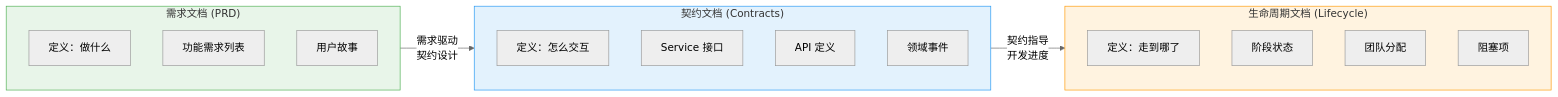
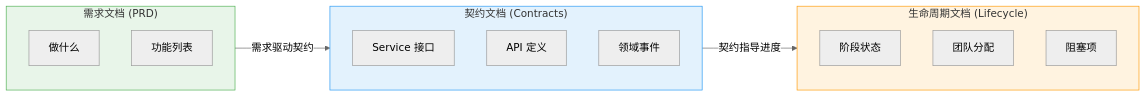
The eighth of 13 diagrams in docs/design-philosophy.md (strommmm/storms-claude-configuration), drawn with Mermaid (neutral theme) before and after one commit. The commit also changed other lines of this file, not shown here.

````diff
--- a/docs/design-philosophy.md
+++ b/docs/design-philosophy.md
@@ -311,29 +267,26 @@
 ```mermaid
 graph LR
     subgraph prd ["需求文档 (PRD)"]
-        prd_what["定义：做什么"]
-        prd_fr["功能需求列表"]
-        prd_us["用户故事"]
+        prd_what["做什么"]
+        prd_fr["功能列表"]
     end
 
     subgraph contracts ["契约文档 (Contracts)"]
-        c_what["定义：怎么交互"]
         c_svc["Service 接口"]
         c_api["API 定义"]
         c_evt["领域事件"]
     end
 
     subgraph lifecycle ["生命周期文档 (Lifecycle)"]
-        l_what["定义：走到哪了"]
         l_phase["阶段状态"]
         l_team["团队分配"]
         l_block["阻塞项"]
     end
 
-    prd -- "需求驱动<br/>契约设计" --> contracts
-    contracts -- "契约指导<br/>开发进度" --> lifecycle
+    prd -- "需求驱动契约" --> contracts
+    contracts -- "契约指导进度" --> lifecycle
 
     style prd fill:#E8F5E9,stroke:#4CAF50
     style contracts fill:#E3F2FD,stroke:#2196F3
     style lifecycle fill:#FFF3E0,stroke:#FF9800
 ```
````
